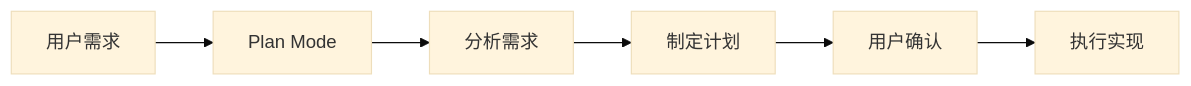
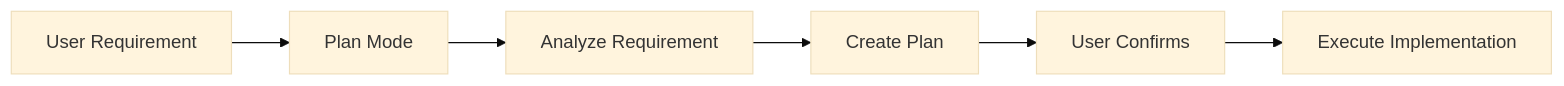
Before and after one commit to DDR187/cursor-howto: the second of 5 diagrams in 07-advanced-features/README.md, drawn with Mermaid (base theme). The commit also changed other lines of this file and 22 other files, not shown here.

````diff
--- a/07-advanced-features/README.md
+++ b/07-advanced-features/README.md
@@ -54,8 +54,8 @@
 ```mermaid
 flowchart LR
-    A[用户需求] --> B[Plan Mode]
-    B --> C[分析需求]
-    C --> D[制定计划]
-    D --> E[用户确认]
-    E --> F[执行实现]
+    A[User Requirement] --> B[Plan Mode]
+    B --> C[Analyze Requirement]
+    C --> D[Create Plan]
+    D --> E[User Confirms]
+    E --> F[Execute Implementation]
 ```
````
